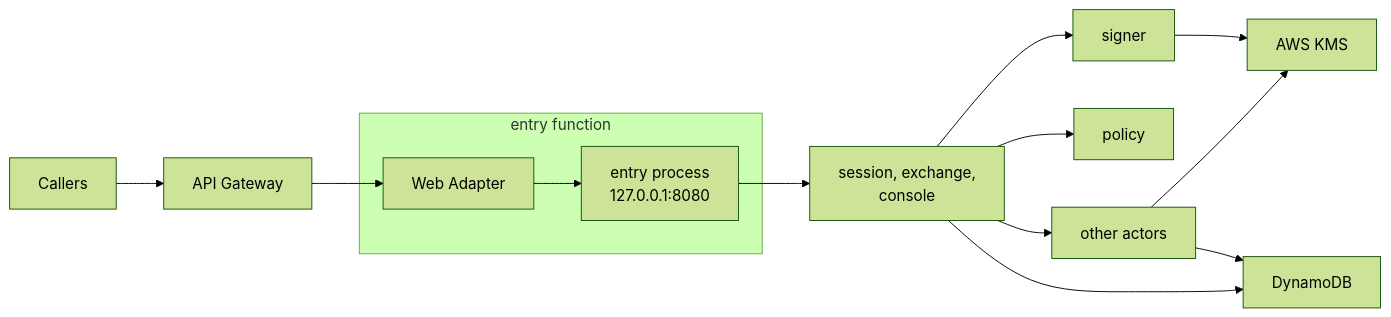
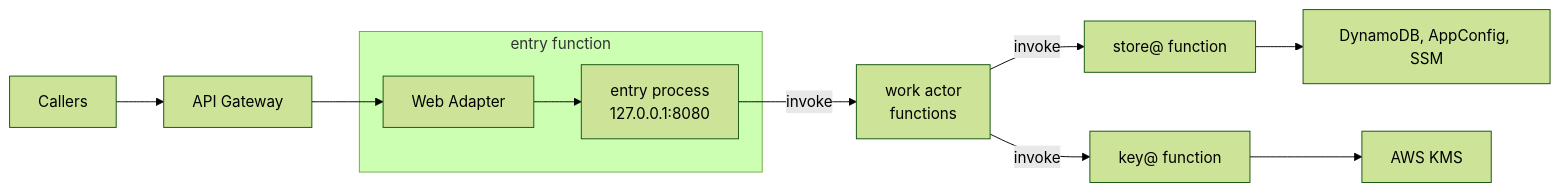
One commit to truvity/access-roster changed the first of 2 diagrams in docs/runtimes/serverless.md. Above: the diagram before and after it, drawn with Mermaid (forest theme). The commit also changed other lines of this file and 8 other files, not shown here.

````diff
--- a/docs/runtimes/serverless.md
+++ b/docs/runtimes/serverless.md
@@ -17,16 +17,13 @@
 ```mermaid
 flowchart LR
   user["Callers"] --> ep["API Gateway"]
   subgraph cn["entry function"]
     lwa["Web Adapter"] --> app["entry process<br/>127.0.0.1:8080"]
   end
   ep --> lwa
-  app --> proto["session, exchange,<br/>console"]
-  proto --> signer["signer"]
-  proto --> policy["policy"]
-  proto --> others["other actors"]
-  signer --> kms["AWS KMS"]
-  others --> kms
-  proto --> ddb["DynamoDB"]
-  others --> ddb
+  app -- "invoke" --> work["work actor<br/>functions"]
+  work -- "invoke" --> store["store@ function"]
+  work -- "invoke" --> key["key@ function"]
+  store --> ddb["DynamoDB, AppConfig, SSM"]
+  key --> kms["AWS KMS"]
 ```
````
